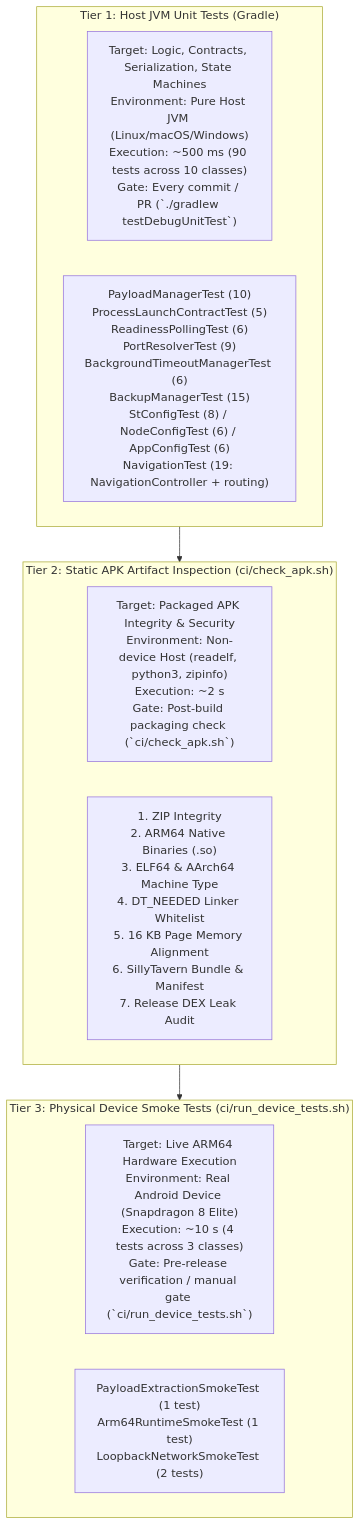
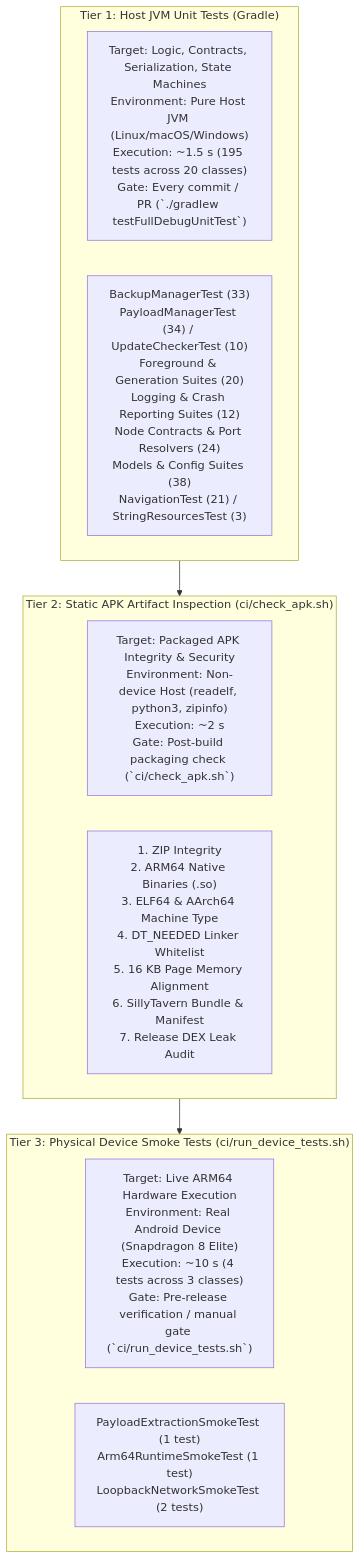
Before and after one commit to OblivCode/ST-Mobile-Android: the first of 4 diagrams in testing.md, drawn with Mermaid. The commit also changed other lines of this file and 16 other files, not shown here.

Commit message:
feat(foreground): live background countdown notification, webview stop action, and documentation sync

````diff
--- a/testing.md
+++ b/testing.md
@@ -19,19 +19,19 @@
 ```mermaid
 flowchart TD
     subgraph Tier1["Tier 1: Host JVM Unit Tests (Gradle)"]
-        T1_Desc["Target: Logic, Contracts, Serialization, State Machines<br/>Environment: Pure Host JVM (Linux/macOS/Windows)<br/>Execution: ~500 ms (90 tests across 10 classes)<br/>Gate: Every commit / PR (`./gradlew testDebugUnitTest`)"]
-        T1_Classes["PayloadManagerTest (10)<br/>ProcessLaunchContractTest (5)<br/>ReadinessPollingTest (6)<br/>PortResolverTest (9)<br/>BackgroundTimeoutManagerTest (6)<br/>BackupManagerTest (15)<br/>StConfigTest (8) / NodeConfigTest (6) / AppConfigTest (6)<br/>NavigationTest (19: NavigationController + routing)"]
+        T1_Desc["Target: Logic, Contracts, Serialization, State Machines<br/>Environment: Pure Host JVM (Linux/macOS/Windows)<br/>Execution: ~1.5 s (195 tests across 20 classes)<br/>Gate: Every commit / PR (`./gradlew testFullDebugUnitTest`)"]
+        T1_Classes["BackupManagerTest (33)<br/>PayloadManagerTest (34) / UpdateCheckerTest (10)<br/>Foreground & Generation Suites (20)<br/>Logging & Crash Reporting Suites (12)<br/>Node Contracts & Port Resolvers (24)<br/>Models & Config Suites (38)<br/>NavigationTest (21) / StringResourcesTest (3)"]
     end
 
     subgraph Tier2["Tier 2: Static APK Artifact Inspection (ci/check_apk.sh)"]
         T2_Desc["Target: Packaged APK Integrity & Security<br/>Environment: Non-device Host (readelf, python3, zipinfo)<br/>Execution: ~2 s<br/>Gate: Post-build packaging check (`ci/check_apk.sh`)"]
         T2_Checks["1. ZIP Integrity<br/>2. ARM64 Native Binaries (.so)<br/>3. ELF64 & AArch64 Machine Type<br/>4. DT_NEEDED Linker Whitelist<br/>5. 16 KB Page Memory Alignment<br/>6. SillyTavern Bundle & Manifest<br/>7. Release DEX Leak Audit"]
     end
 
     subgraph Tier3["Tier 3: Physical Device Smoke Tests (ci/run_device_tests.sh)"]
         T3_Desc["Target: Live ARM64 Hardware Execution<br/>Environment: Real Android Device (Snapdragon 8 Elite)<br/>Execution: ~10 s (4 tests across 3 classes)<br/>Gate: Pre-release verification / manual gate (`ci/run_device_tests.sh`)"]
         T3_Smoke["PayloadExtractionSmokeTest (1 test)<br/>Arm64RuntimeSmokeTest (1 test)<br/>LoopbackNetworkSmokeTest (2 tests)"]
     end
 
     Tier1 --> Tier2 --> Tier3
 ```
````
